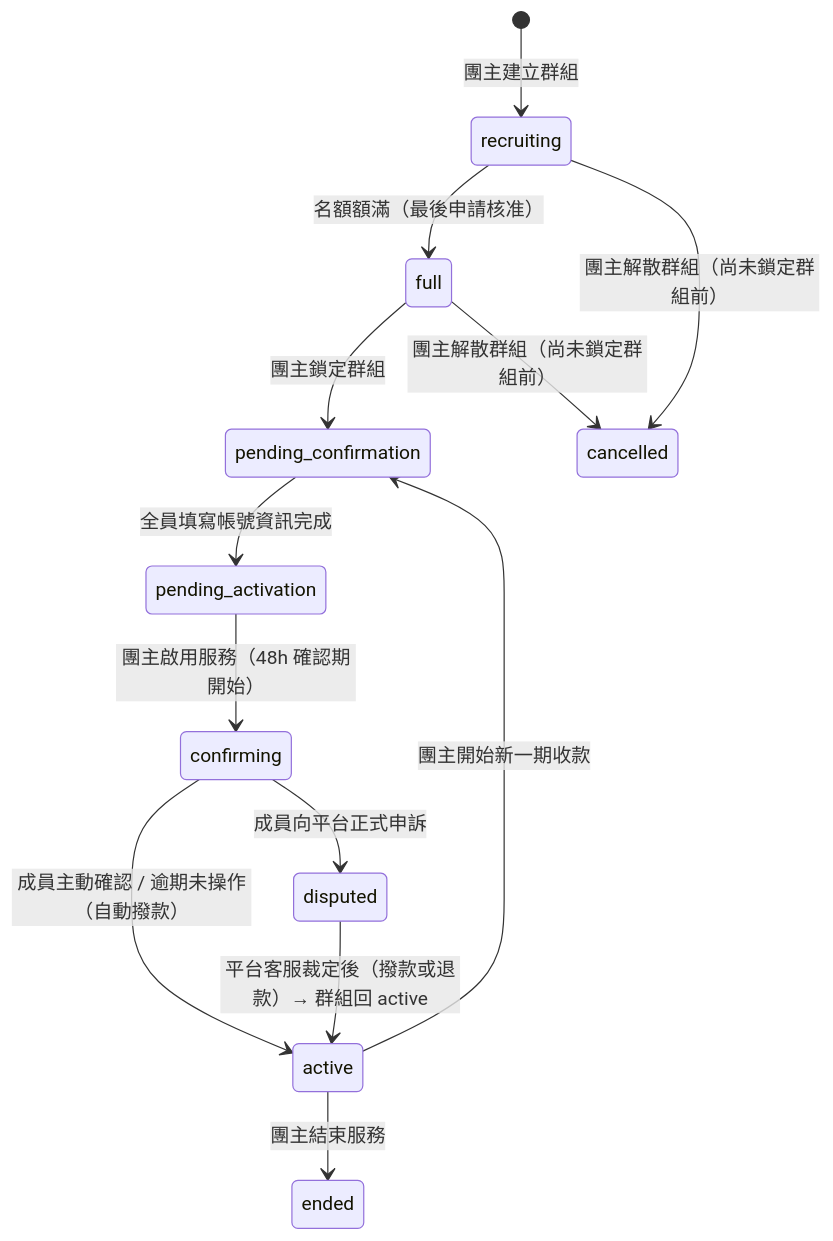
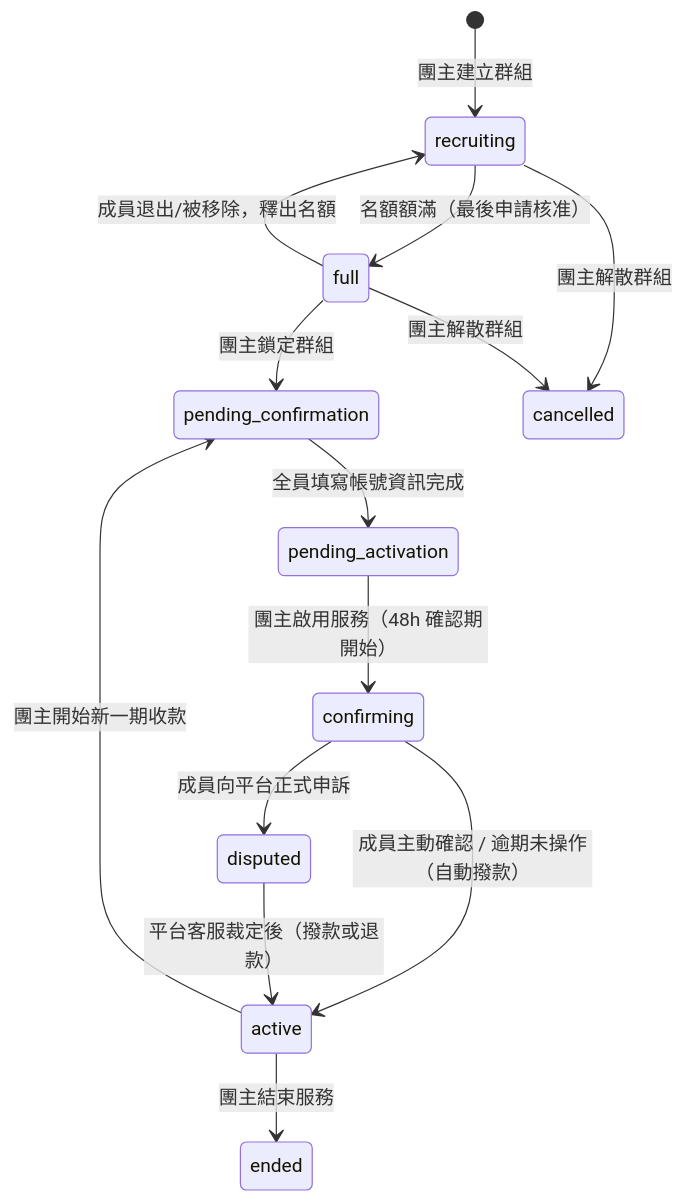
One commit to s1092055/PartyMatch changed the diagram in docs/flows/user-flows.md. Above: the diagram before and after it, drawn with Mermaid. The commit also changed other lines of this file and 20 other files, not shown here.

````diff
--- a/docs/flows/user-flows.md
+++ b/docs/flows/user-flows.md
@@ -5,15 +21,16 @@
 ```mermaid
 stateDiagram-v2
   [*] --> recruiting : 團主建立群組
   recruiting --> full : 名額額滿（最後申請核准）
+  full --> recruiting : 成員退出/被移除，釋出名額
   full --> pending_confirmation : 團主鎖定群組
   pending_confirmation --> pending_activation : 全員填寫帳號資訊完成
   pending_activation --> confirming : 團主啟用服務（48h 確認期開始）
   confirming --> active : 成員主動確認 / 逾期未操作（自動撥款）
   confirming --> disputed : 成員向平台正式申訴
-  disputed --> active : 平台客服裁定後（撥款或退款）→ 群組回 active
+  disputed --> active : 平台客服裁定後（撥款或退款）
   active --> pending_confirmation : 團主開始新一期收款
   active --> ended : 團主結束服務
-  recruiting --> cancelled : 團主解散群組（尚未鎖定群組前）
-  full --> cancelled : 團主解散群組（尚未鎖定群組前）
+  recruiting --> cancelled : 團主解散群組
+  full --> cancelled : 團主解散群組
 ```
````
